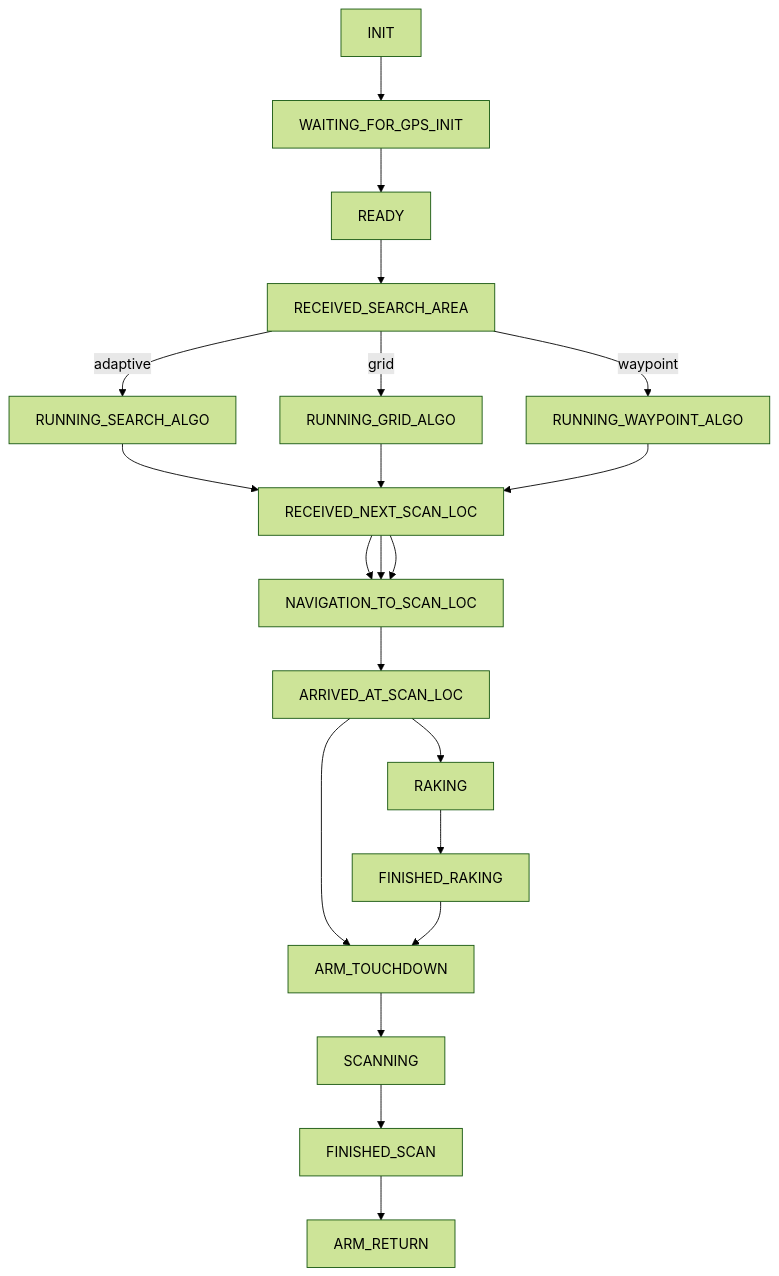
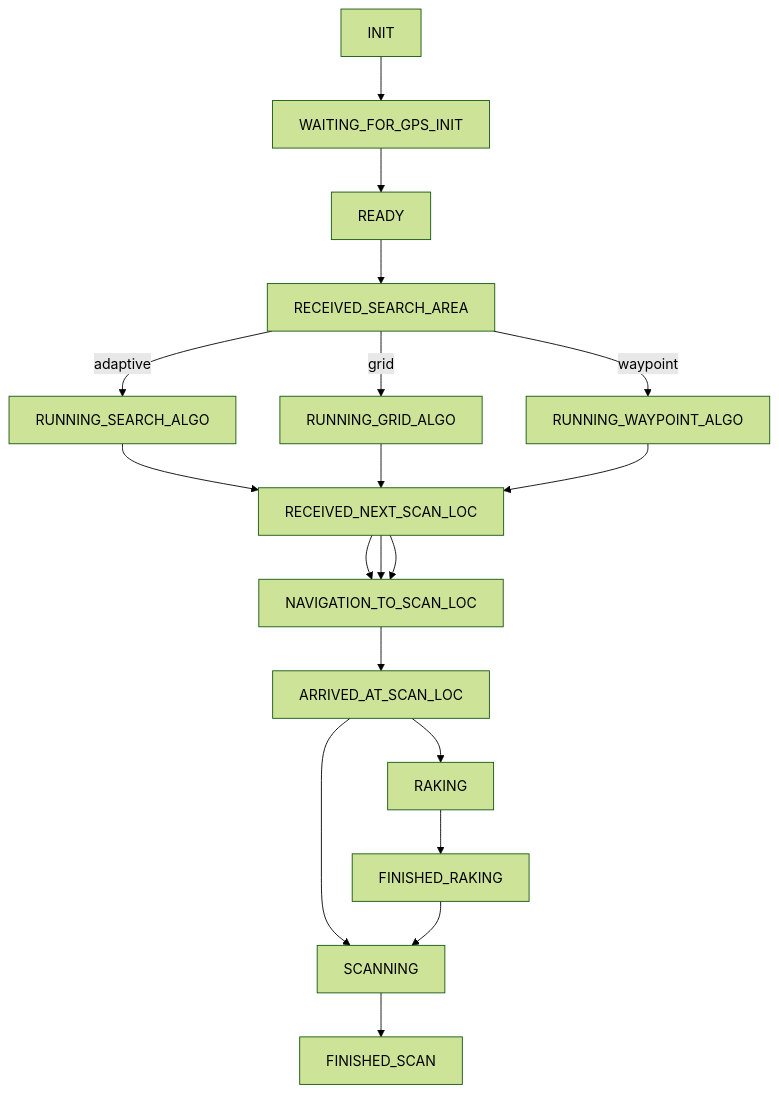
Before and after one commit to robomechanics/environmental_robot: the first of 2 diagrams in README.md, drawn with Mermaid (forest theme). The commit also changed other lines of this file and 3 other files, not shown here.

````diff
--- a/README.md
+++ b/README.md
@@ -82,17 +81,15 @@
 ```mermaid
 flowchart TD;
     INIT --> WAITING_FOR_GPS_INIT;
     WAITING_FOR_GPS_INIT --> READY;
     READY --> RECEIVED_SEARCH_AREA;
     RECEIVED_SEARCH_AREA --> |adaptive| RUNNING_SEARCH_ALGO --> RECEIVED_NEXT_SCAN_LOC --> NAVIGATION_TO_SCAN_LOC;
     RECEIVED_SEARCH_AREA --> |grid| RUNNING_GRID_ALGO --> RECEIVED_NEXT_SCAN_LOC --> NAVIGATION_TO_SCAN_LOC;
     NAVIGATION_TO_SCAN_LOC --> ARRIVED_AT_SCAN_LOC;
     RECEIVED_SEARCH_AREA --> |waypoint| RUNNING_WAYPOINT_ALGO --> RECEIVED_NEXT_SCAN_LOC --> NAVIGATION_TO_SCAN_LOC;
     ARRIVED_AT_SCAN_LOC --> RAKING;
-    ARRIVED_AT_SCAN_LOC --> ARM_TOUCHDOWN;
-    RAKING --> FINISHED_RAKING --> ARM_TOUCHDOWN;
-	ARM_TOUCHDOWN --> SCANNING;
+    ARRIVED_AT_SCAN_LOC --> SCANNING;
+    RAKING --> FINISHED_RAKING --> SCANNING;
     SCANNING --> FINISHED_SCAN;
-    FINISHED_SCAN --> ARM_RETURN;
     
 ```
````
